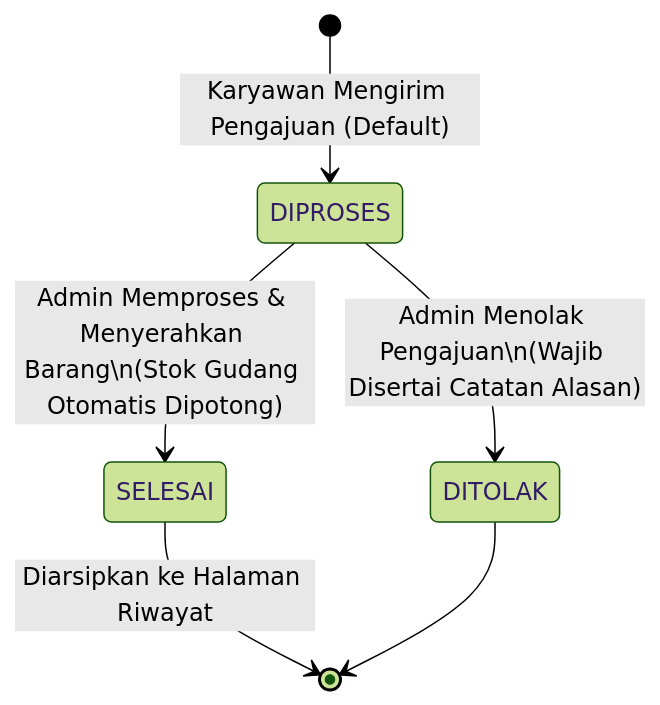
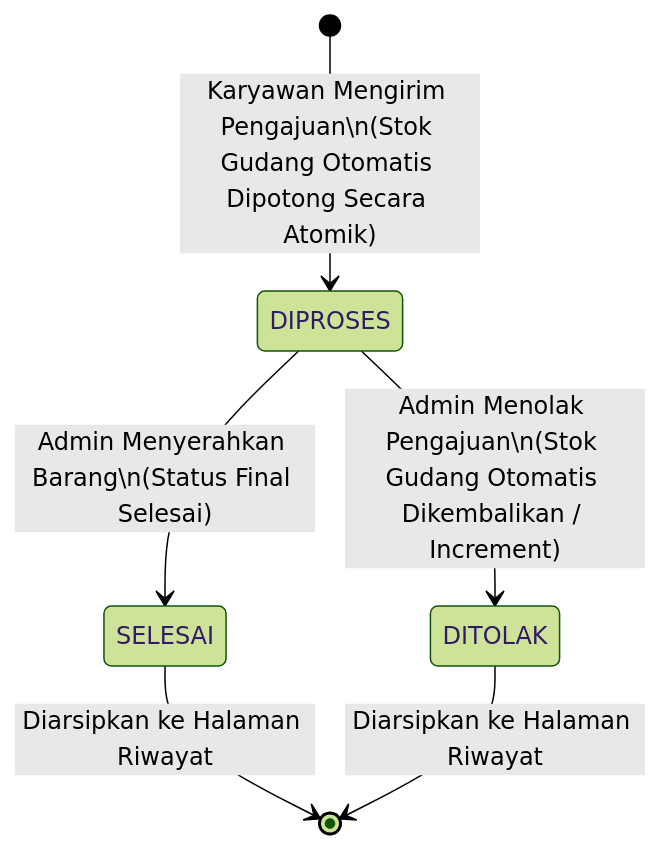
The second of 2 diagrams in doc/arsitektur.md (MuhammadArif-bin1/Pengajuan-ATK), drawn with Mermaid (forest theme) before and after one commit. The commit also changed other lines of this file and 31 other files, not shown here.

````diff
--- a/doc/arsitektur.md
+++ b/doc/arsitektur.md
@@ -154,10 +193,10 @@
 ```mermaid
 stateDiagram-v2
-    [*] --> DIPROSES : Karyawan Mengirim Pengajuan (Default)
+    [*] --> DIPROSES : Karyawan Mengirim Pengajuan\n(Stok Gudang Otomatis Dipotong Secara Atomik)
     
-    DIPROSES --> SELESAI : Admin Memproses & Menyerahkan Barang\n(Stok Gudang Otomatis Dipotong)
-    DIPROSES --> DITOLAK : Admin Menolak Pengajuan\n(Wajib Disertai Catatan Alasan)
+    DIPROSES --> SELESAI : Admin Menyerahkan Barang\n(Status Final Selesai)
+    DIPROSES --> DITOLAK : Admin Menolak Pengajuan\n(Stok Gudang Otomatis Dikembalikan / Increment)
 
     SELESAI --> [*] : Diarsipkan ke Halaman Riwayat
-    DITOLAK --> [*]
+    DITOLAK --> [*] : Diarsipkan ke Halaman Riwayat
 ```
````
